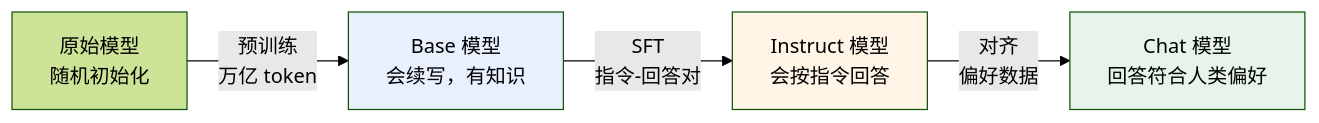
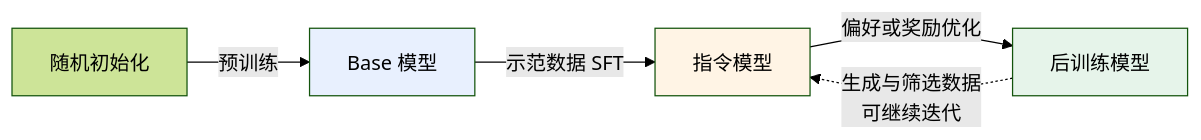
The first of 2 diagrams in docs/llm/02-training-alignment/06-llm-training.md (oneleaveknowsthefall/awesome-ai-roadmap), drawn with Mermaid (forest theme) before and after one commit. The commit also changed other lines of this file and 45 other files, not shown here.

````diff
--- a/docs/llm/02-training-alignment/06-llm-training.md
+++ b/docs/llm/02-training-alignment/06-llm-training.md
@@ -17,10 +17,11 @@
 ```mermaid
 flowchart LR
-    RAW["原始模型<br/>随机初始化"] -->|预训练<br/>万亿 token| BASE["Base 模型<br/>会续写，有知识"]
-    BASE -->|SFT<br/>指令-回答对| SFT["Instruct 模型<br/>会按指令回答"]
-    SFT -->|对齐<br/>偏好数据| CHAT["Chat 模型<br/>回答符合人类偏好"]
+    RAW["随机初始化"] -->|预训练| BASE["Base 模型"]
+    BASE -->|示范数据 SFT| SFT["指令模型"]
+    SFT -->|偏好或奖励优化| CHAT["后训练模型"]
+    CHAT -.->|生成与筛选数据<br/>可继续迭代| SFT
 
     style BASE fill:#e8f0fe
     style SFT fill:#fff4e5
     style CHAT fill:#e6f4ea
 ```
````
